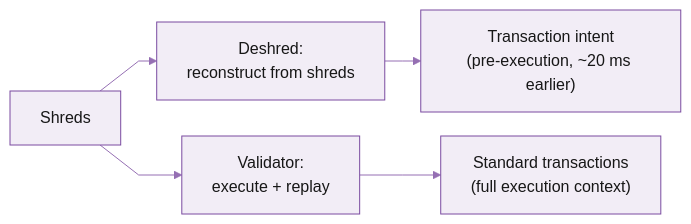
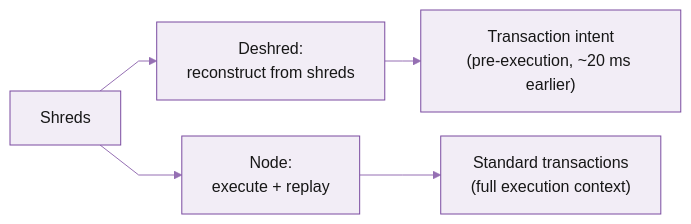
One commit to praptisharma28/triton-docs-v5 changed the diagram in documentation/real-time-streaming/deshred-transactions.md. Above: the diagram before and after it, drawn with Mermaid. The commit also changed other lines of this file and 2 other files, not shown here.

Commit message:
Deshred wording: 'node executes/processes' not 'validator' (+ mermaid Node label); 'Same gRPC interface' card not 'service'

````diff
--- a/documentation/real-time-streaming/deshred-transactions.md
+++ b/documentation/real-time-streaming/deshred-transactions.md
@@ -17,8 +17,8 @@
 ```mermaid
 %%{init: {'theme':'base','themeVariables':{'primaryColor':'#F2EDF6','primaryBorderColor':'#7A4BA0','primaryTextColor':'#171717','lineColor':'#956FB3','secondaryColor':'#E4DBEC','tertiaryColor':'#D7C9E3'},'flowchart':{'nodeSpacing':24,'rankSpacing':36,'curve':'linear'}}}%%
 flowchart LR
     s["Shreds"] --> d["Deshred:<br/>reconstruct from shreds"]
-    s --> e["Validator:<br/>execute + replay"]
+    s --> e["Node:<br/>execute + replay"]
     d --> i["Transaction intent<br/>(pre-execution, ~20 ms earlier)"]
     e --> t["Standard transactions<br/>(full execution context)"]
 ```
````
